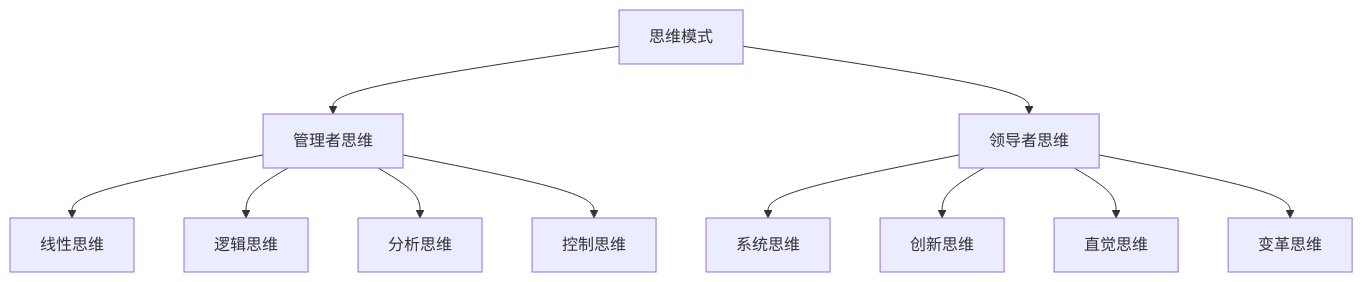
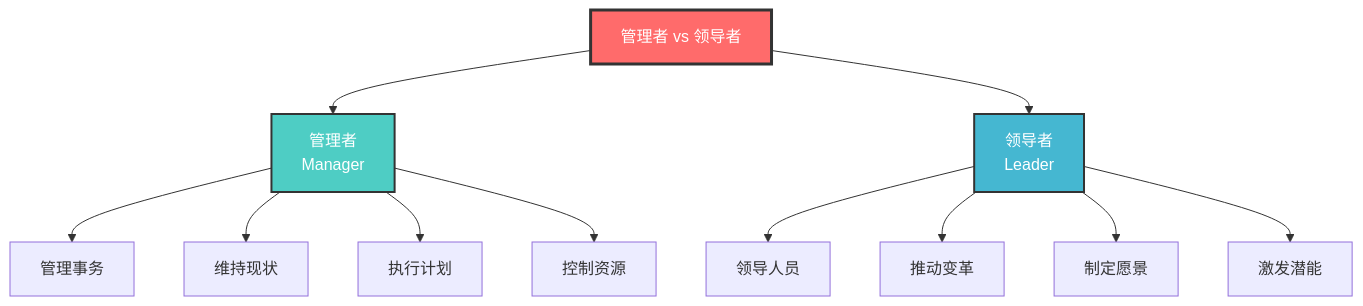
One commit to Anping2017/obsidian changed the first of 4 diagrams in 企业领导力/01-基础认知层/02-管理者vs领导者.md. Above: the diagram before and after it, drawn with Mermaid. The commit also changed other lines of this file and 8 other files, not shown here.

````diff
--- a/企业领导力/01-基础认知层/02-管理者vs领导者.md
+++ b/企业领导力/01-基础认知层/02-管理者vs领导者.md
@@ -17,15 +6,19 @@
 ```mermaid
 graph TD
-    A[思维模式] --> B[管理者思维]
-    A --> C[领导者思维]
+    A[管理者 vs 领导者] --> B[管理者<br/>Manager]
+    A --> C[领导者<br/>Leader]
     
-    B --> B1[线性思维]
-    B --> B2[逻辑思维]
-    B --> B3[分析思维]
-    B --> B4[控制思维]
+    B --> B1[管理事务]
+    B --> B2[维持现状]
+    B --> B3[执行计划]
+    B --> B4[控制资源]
     
-    C --> C1[系统思维]
-    C --> C2[创新思维]
-    C --> C3[直觉思维]
-    C --> C4[变革思维]
+    C --> C1[领导人员]
+    C --> C2[推动变革]
+    C --> C3[制定愿景]
+    C --> C4[激发潜能]
+    
+    style A fill:#ff6b6b,stroke:#333,stroke-width:3px,color:#fff
+    style B fill:#4ecdc4,stroke:#333,stroke-width:2px,color:#fff
+    style C fill:#45b7d1,stroke:#333,stroke-width:2px,color:#fff
 ```
````
